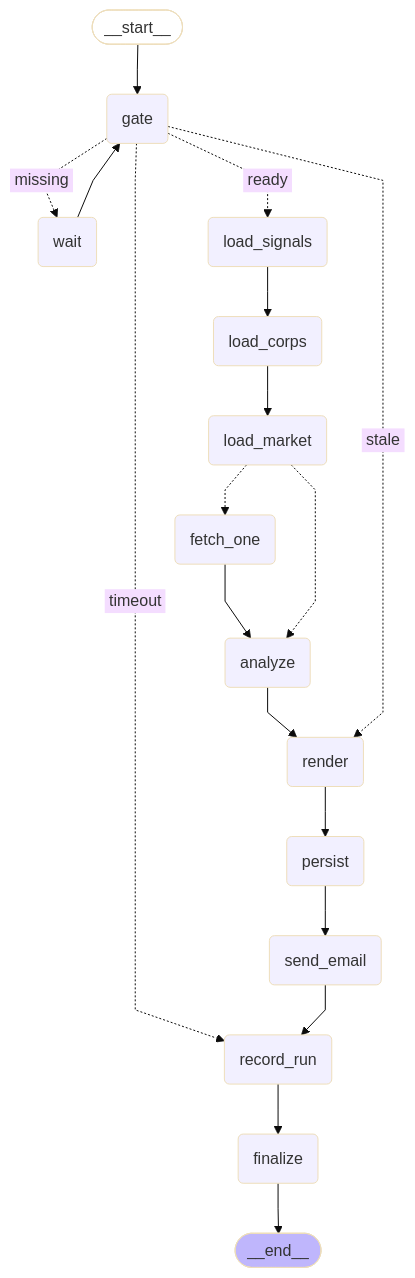
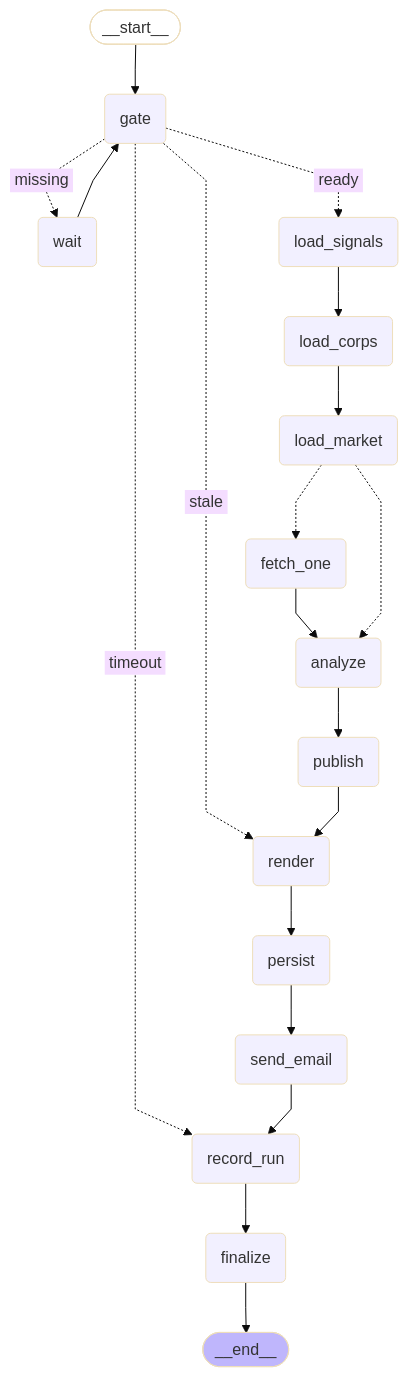
Before and after one commit to daehyub71/krx-signal-briefing: the diagram in docs/GRAPH.md, drawn with Mermaid (base theme). The commit also changed 13 other files, not shown here.

````diff
--- a/docs/GRAPH.md
+++ b/docs/GRAPH.md
@@ -9,42 +9,44 @@
 ```mermaid
 ---
 config:
   flowchart:
     curve: linear
 ---
 graph TD;
 	__start__([<p>__start__</p>]):::first
 	gate(gate)
 	wait(wait)
 	load_signals(load_signals)
 	load_corps(load_corps)
 	load_market(load_market)
 	fetch_one(fetch_one)
 	analyze(analyze)
+	publish(publish)
 	render(render)
 	persist(persist)
 	send_email(send_email)
 	record_run(record_run)
 	finalize(finalize)
 	__end__([<p>__end__</p>]):::last
 	__start__ --> gate;
-	analyze --> render;
+	analyze --> publish;
 	fetch_one --> analyze;
 	gate -. &nbsp;ready&nbsp; .-> load_signals;
 	gate -. &nbsp;timeout&nbsp; .-> record_run;
 	gate -. &nbsp;stale&nbsp; .-> render;
 	gate -. &nbsp;missing&nbsp; .-> wait;
 	load_corps --> load_market;
 	load_market -.-> analyze;
 	load_market -.-> fetch_one;
 	load_signals --> load_corps;
 	persist --> send_email;
+	publish --> render;
 	record_run --> finalize;
 	render --> persist;
 	send_email --> record_run;
 	wait --> gate;
 	finalize --> __end__;
 	classDef default fill:#f2f0ff,line-height:1.2
 	classDef first fill-opacity:0
 	classDef last fill:#bfb6fc
 ```
````
